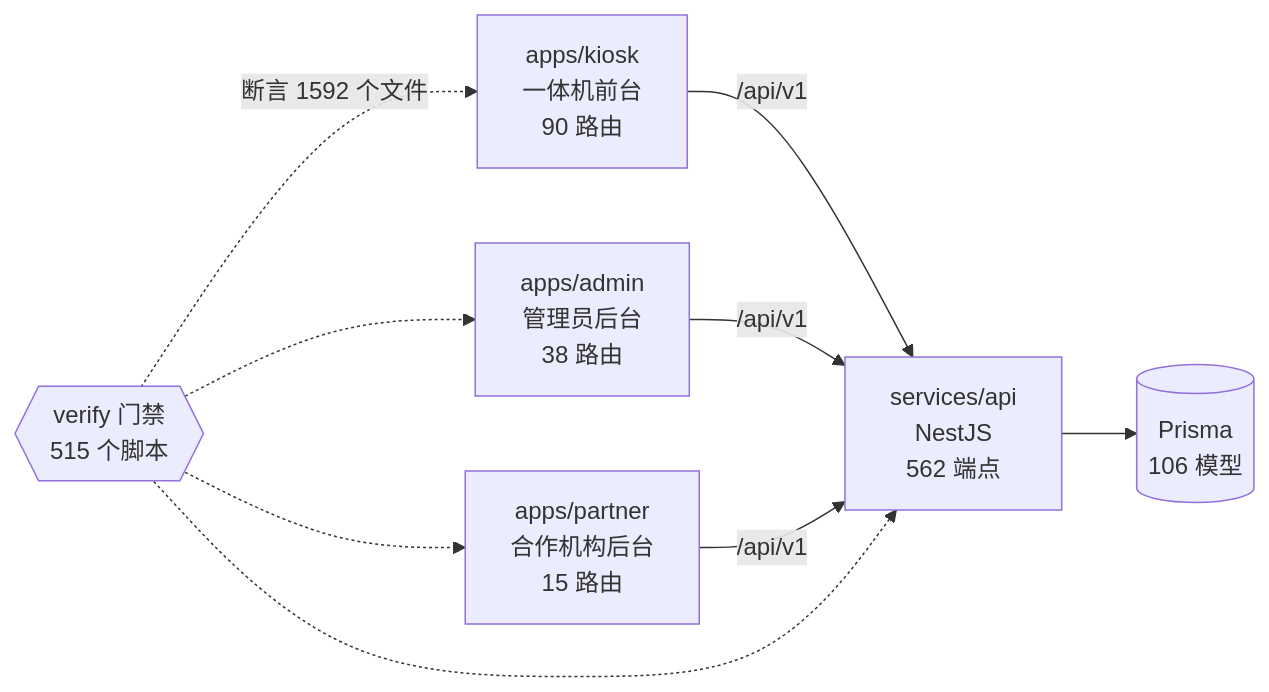
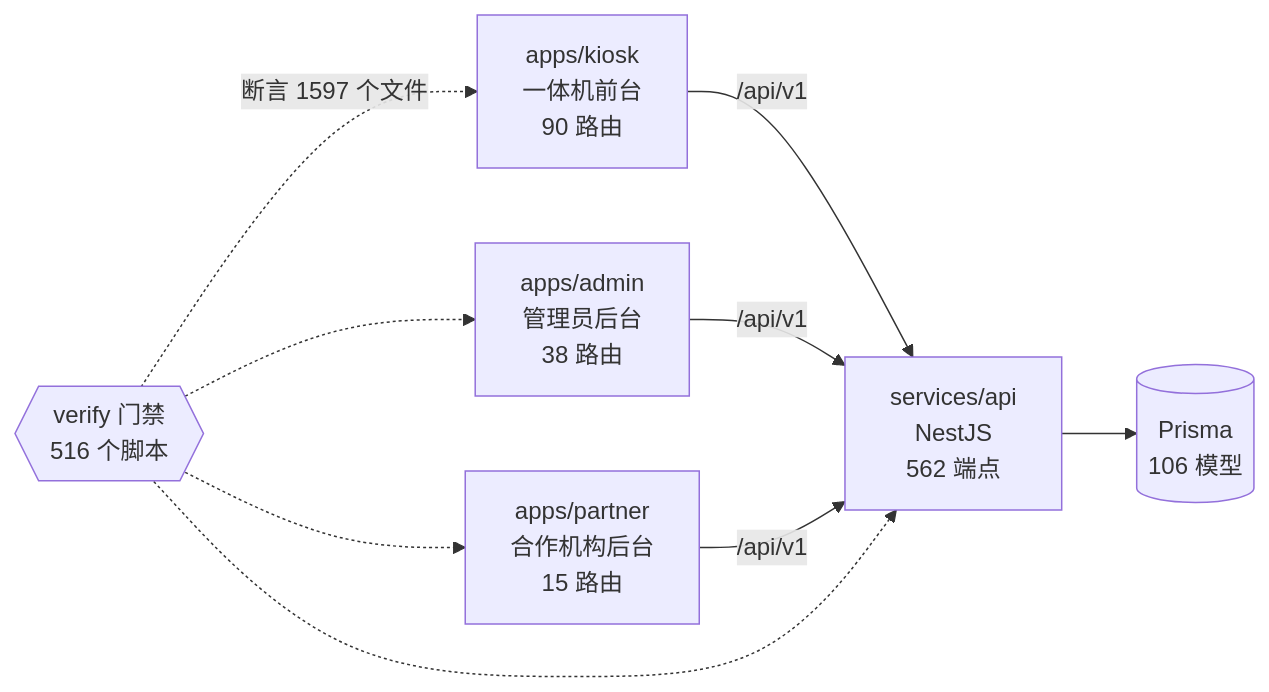
Before and after one commit to wanglei581/YITIJI: the diagram in docs/graph/README.md, drawn with Mermaid. The commit also changed other lines of this file and 5 other files, not shown here.

Commit message:
docs(progress): 3.15 parking in the consoles; graph regenerated

````diff
--- a/docs/graph/README.md
+++ b/docs/graph/README.md
@@ -68,18 +68,18 @@
 ```mermaid
 flowchart LR
   kiosk["apps/kiosk<br/>一体机前台<br/>90 路由"]
   admin["apps/admin<br/>管理员后台<br/>38 路由"]
   partner["apps/partner<br/>合作机构后台<br/>15 路由"]
   api["services/api<br/>NestJS<br/>562 端点"]
   db[("Prisma<br/>106 模型")]
-  gates{{"verify 门禁<br/>515 个脚本"}}
+  gates{{"verify 门禁<br/>516 个脚本"}}
 
   kiosk -->|"/api/v1"| api
   admin -->|"/api/v1"| api
   partner -->|"/api/v1"| api
   api --> db
-  gates -.->|"断言 1592 个文件"| kiosk
+  gates -.->|"断言 1597 个文件"| kiosk
   gates -.-> admin
   gates -.-> partner
   gates -.-> api
 ```
````
